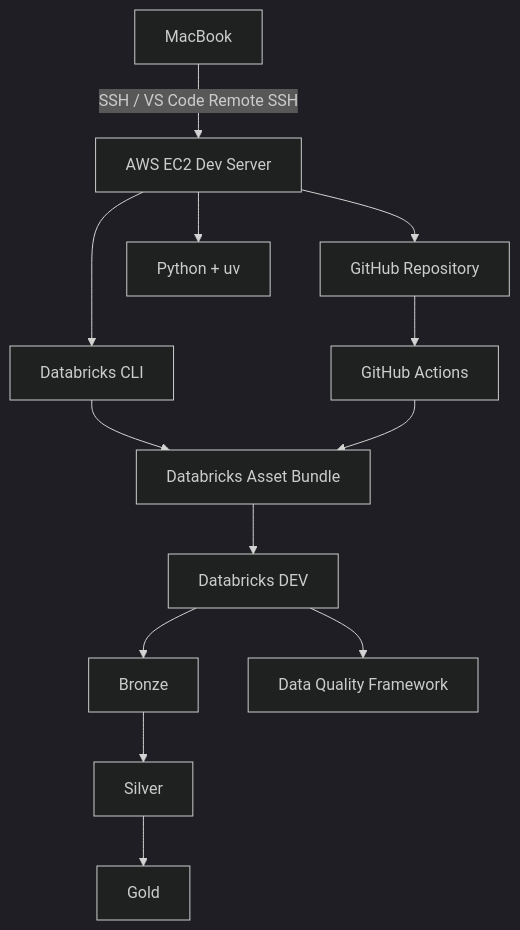
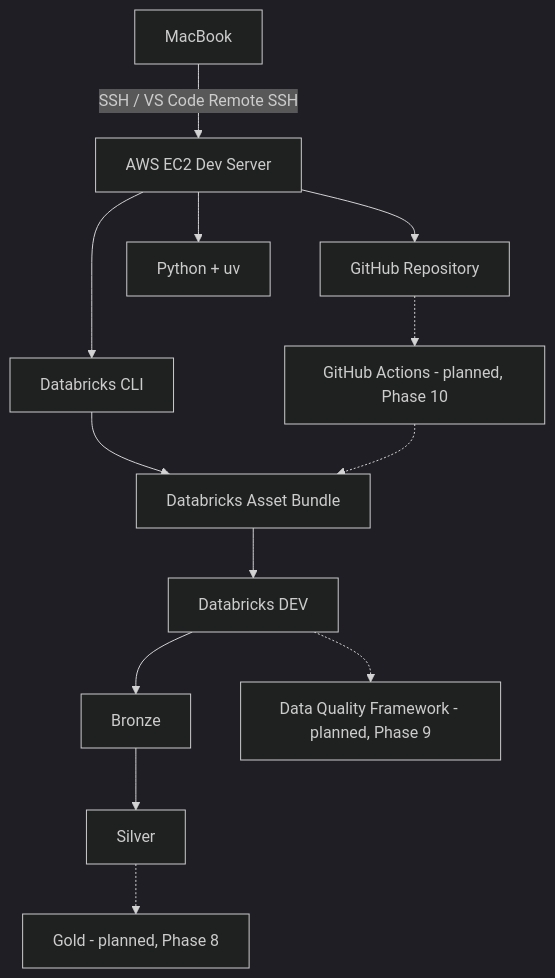
The diagram in README.md (PARESHRANJAN299/data-engineering-devops-stack), drawn with Mermaid (dark theme) before and after one commit. The commit also changed other lines of this file and 3 other files, not shown here.

````diff
--- a/README.md
+++ b/README.md
@@ -88,15 +88,15 @@
 ```mermaid
 flowchart TD
     A[MacBook] -->|SSH / VS Code Remote SSH| B[AWS EC2 Dev Server]
     B --> C[GitHub Repository]
     B --> D[Python + uv]
     B --> E[Databricks CLI]
     E --> F[Databricks Asset Bundle]
     F --> G[Databricks DEV]
     G --> H[Bronze]
     H --> I[Silver]
-    I --> J[Gold]
-    G --> K[Data Quality Framework]
-    C --> L[GitHub Actions]
-    L --> F
+    I -.-> J[Gold - planned, Phase 8]
+    G -.-> K[Data Quality Framework - planned, Phase 9]
+    C -.-> L[GitHub Actions - planned, Phase 10]
+    L -.-> F
 ```
````
